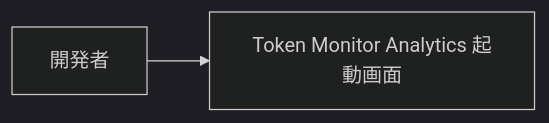
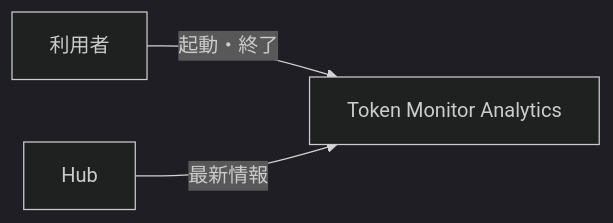
The first of 3 diagrams in docs/architecture.md (nuitsjp/token-monitor-analytics), drawn with Mermaid (dark theme) before and after one commit. The commit also changed other lines of this file and 5 other files, not shown here.

````diff
--- a/docs/architecture.md
+++ b/docs/architecture.md
@@ -13,4 +13,5 @@
 ```mermaid
 flowchart LR
-  developer["開発者"] --> browser["Token Monitor Analytics 起動画面"]
+  user["利用者"] -->|"起動・終了"| analytics["Token Monitor Analytics"]
+  hub["Hub"] -->|"最新情報"| analytics
 ```
````
